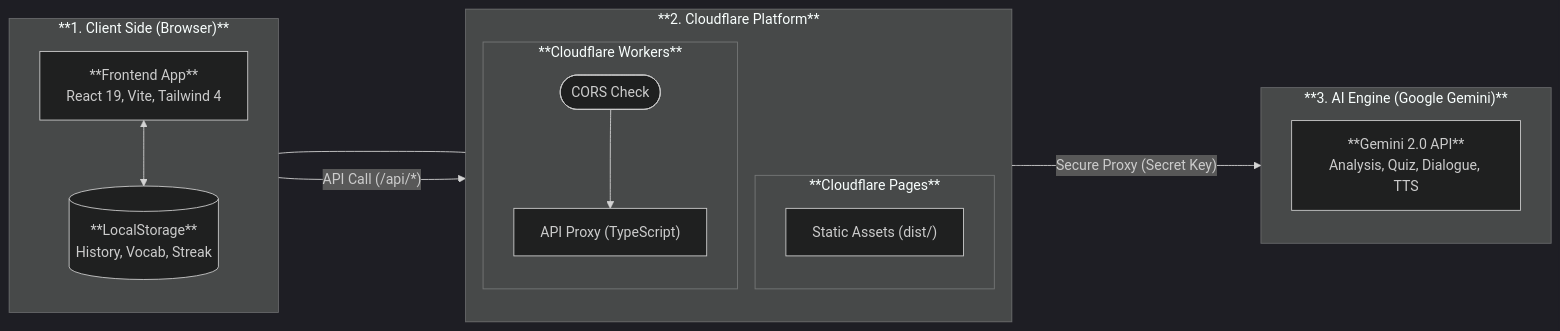
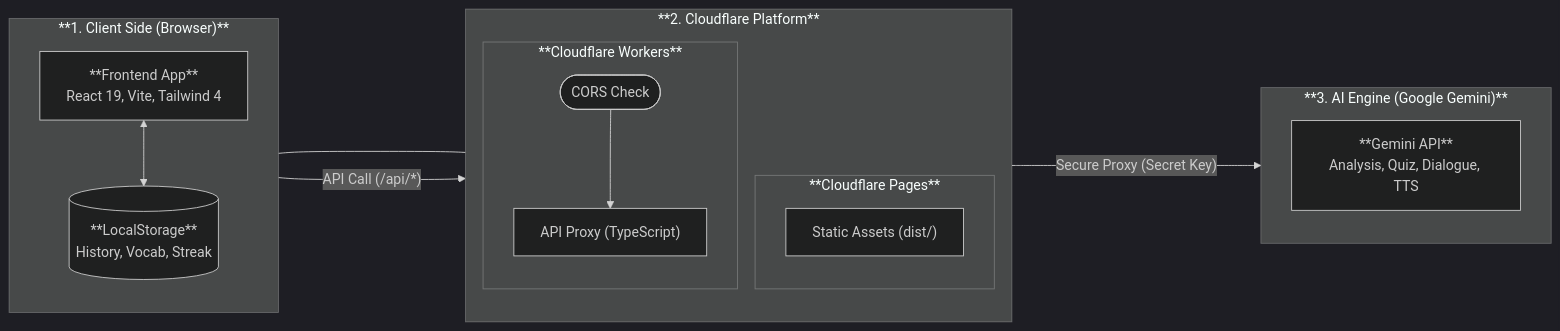
One commit to liks79/langbridge-liveloop-app changed the diagram in README.md. Above: the diagram before and after it, drawn with Mermaid (dark theme). The commit also changed other lines of this file, not shown here.

Commit message:
docs: generalize Gemini version and refine AI credit note

````diff
--- a/README.md
+++ b/README.md
@@ -5,30 +5,30 @@
 ```mermaid
 graph LR
     subgraph Client ["**1. Client Side (Browser)**"]
         direction TB
         FE["**Frontend App**<br/>React 19, Vite, Tailwind 4"]
         LS[("**LocalStorage**<br/>History, Vocab, Streak")]
         FE <--> LS
     end
 
     subgraph Infrastructure ["**2. Cloudflare Platform**"]
         direction TB
         subgraph Pages ["**Cloudflare Pages**"]
             Assets["Static Assets (dist/)"]
         end
         subgraph Workers ["**Cloudflare Workers**"]
             CORS(["CORS Check"])
             API["API Proxy (TypeScript)"]
             CORS --> API
         end
     end
 
     subgraph AI_Engine ["**3. AI Engine (Google Gemini)**"]
         direction TB
-        G["**Gemini 2.0 API**<br/>Analysis, Quiz, Dialogue, TTS"]
+        G["**Gemini API**<br/>Analysis, Quiz, Dialogue, TTS"]
     end
 
     FE --- Assets
     FE --->|"API Call (/api/*)"| CORS
     API --->|"Secure Proxy (Secret Key)"| G
 ```
````
